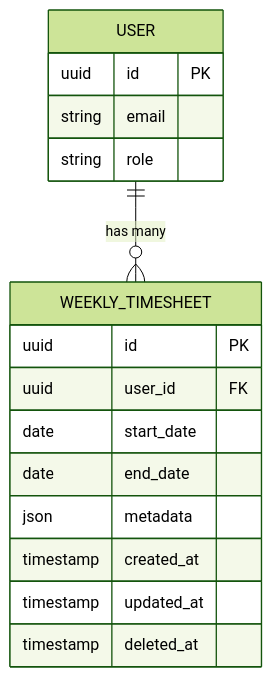
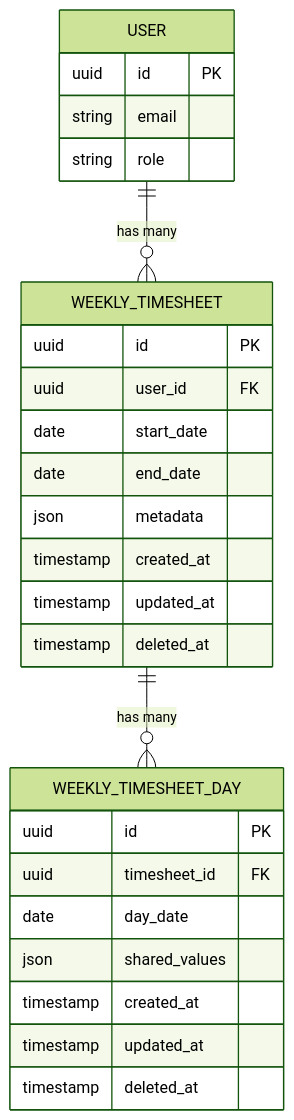
The sixth of 7 diagrams in .qoder/repowiki/en/content/Arquitetura Backend/Módulos do Sistema/Timesheet Semanal - Módulo Backend.md (RobertRuas/windlog), drawn with Mermaid (forest theme) before and after one commit. The commit also changed other lines of this file and 100 other files, not shown here.

````diff
--- a/.qoder/repowiki/en/content/Arquitetura Backend/Módulos do Sistema/Timesheet Semanal - Módulo Backend.md
+++ b/.qoder/repowiki/en/content/Arquitetura Backend/Módulos do Sistema/Timesheet Semanal - Módulo Backend.md
@@ -259,19 +291,29 @@
 ```mermaid
 erDiagram
 WEEKLY_TIMESHEET {
 uuid id PK
 uuid user_id FK
 date start_date
 date end_date
 json metadata
 timestamp created_at
 timestamp updated_at
 timestamp deleted_at
 }
+WEEKLY_TIMESHEET_DAY {
+uuid id PK
+uuid timesheet_id FK
+date day_date
+json shared_values
+timestamp created_at
+timestamp updated_at
+timestamp deleted_at
+}
 USER {
 uuid id PK
 string email
 string role
 }
+WEEKLY_TIMESHEET ||--o{ WEEKLY_TIMESHEET_DAY : "has many"
 USER ||--o{ WEEKLY_TIMESHEET : "has many"
 ```
````
